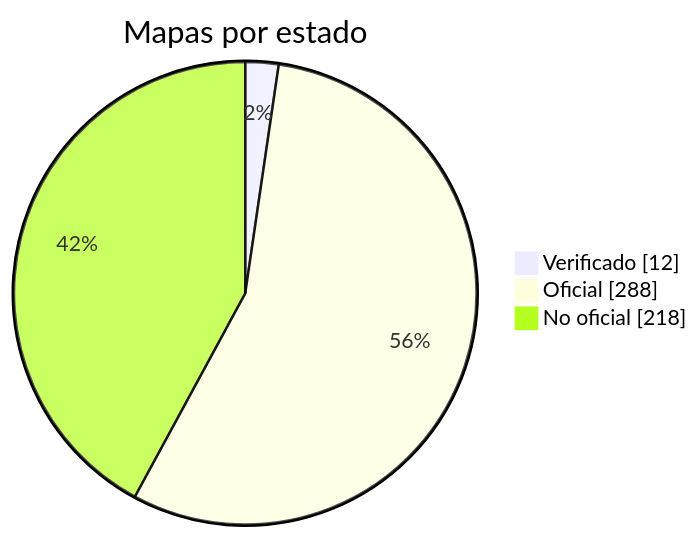
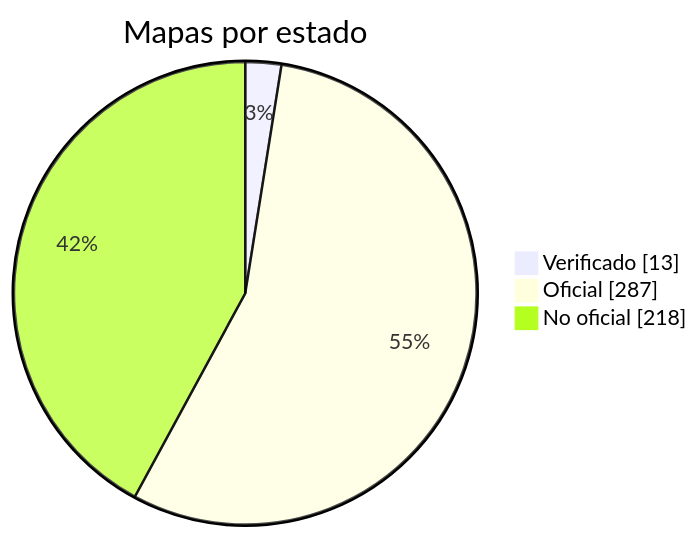
The diagram in docs/readme/README_ES.md (nobrega8/mbmap-library), drawn with Mermaid before and after one commit. The commit also changed 5 other files, not shown here.

````diff
--- a/docs/readme/README_ES.md
+++ b/docs/readme/README_ES.md
@@ -54,7 +54,7 @@
 ```mermaid
 pie showData
     title Mapas por estado
-    "Verificado" : 12
-    "Oficial" : 288
+    "Verificado" : 13
+    "Oficial" : 287
     "No oficial" : 218
 ```
````
